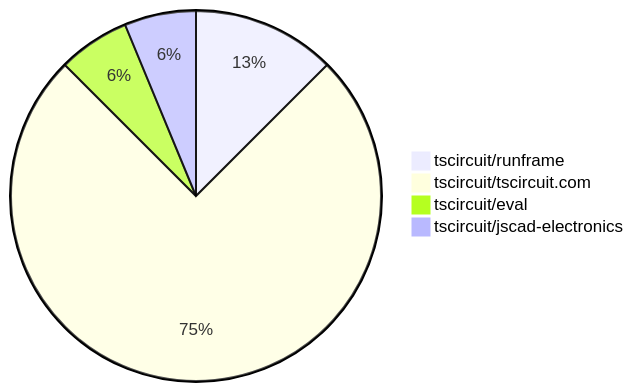
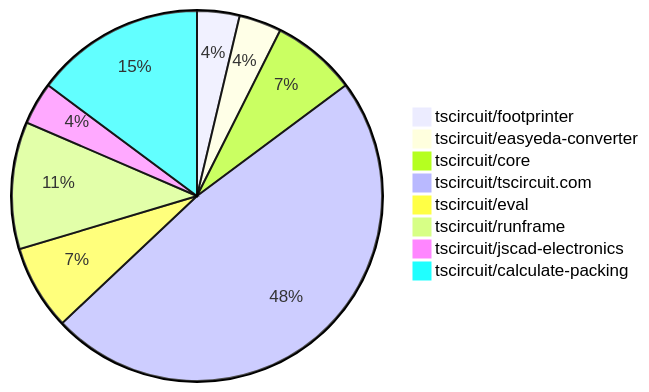
Before and after one commit to tscircuit/contribution-tracker: the first of 2 diagrams in README.md, drawn with Mermaid. The commit also changed other lines of this file and 3 other files, not shown here.

````diff
--- a/README.md
+++ b/README.md
@@ -29,7 +29,11 @@
 ```mermaid
 pie
-    "tscircuit/runframe" : 2
-    "tscircuit/tscircuit.com" : 12
-    "tscircuit/eval" : 1
+    "tscircuit/footprinter" : 1
+    "tscircuit/easyeda-converter" : 1
+    "tscircuit/core" : 2
+    "tscircuit/tscircuit.com" : 13
+    "tscircuit/eval" : 2
+    "tscircuit/runframe" : 3
     "tscircuit/jscad-electronics" : 1
+    "tscircuit/calculate-packing" : 4
 ```
````
